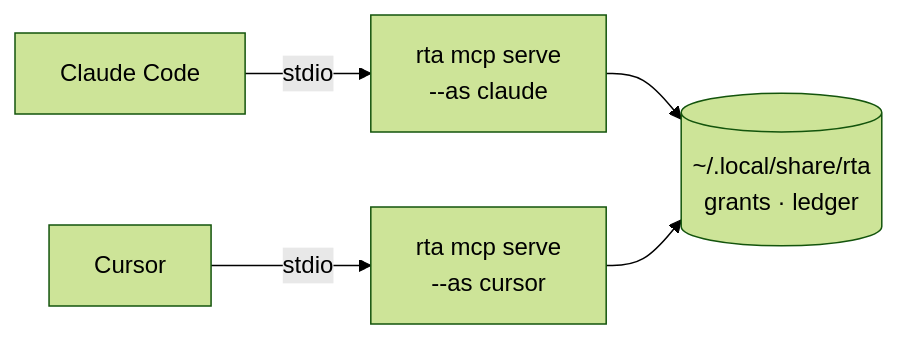
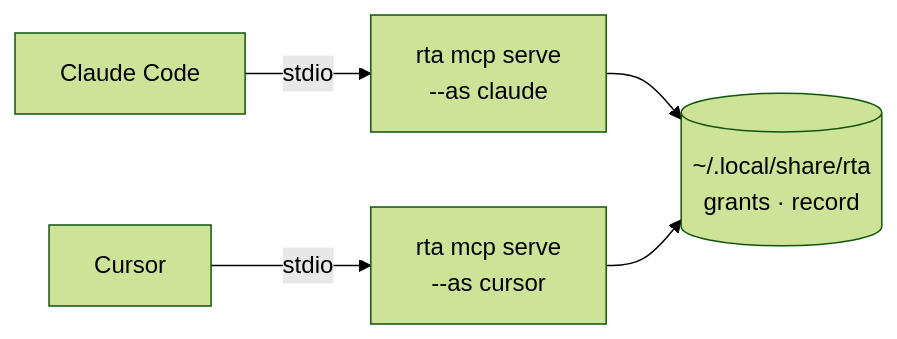
One commit to this-is-tobi/rta changed the diagram in docs/30-boundary/20-mcp.md. Above: the diagram before and after it, drawn with Mermaid (forest theme). The commit also changed other lines of this file and 5 other files, not shown here.

First line of the commit message:
docs: the boundary chapters say record where they said ledger

````diff
--- a/docs/30-boundary/20-mcp.md
+++ b/docs/30-boundary/20-mcp.md
@@ -170,7 +170,7 @@
 ```mermaid
 flowchart LR
     C1["Claude Code"] -->|stdio| S1["rta mcp serve<br/>--as claude"]
     C2["Cursor"] -->|stdio| S2["rta mcp serve<br/>--as cursor"]
-    S1 --> G[("~/.local/share/rta<br/>grants · ledger")]
+    S1 --> G[("~/.local/share/rta<br/>grants · record")]
     S2 --> G
 ```
````
